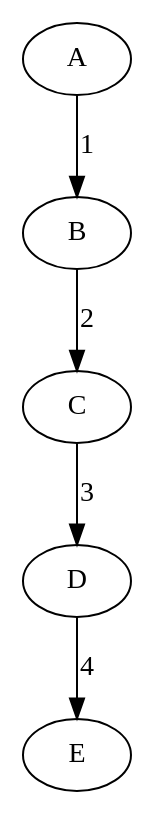
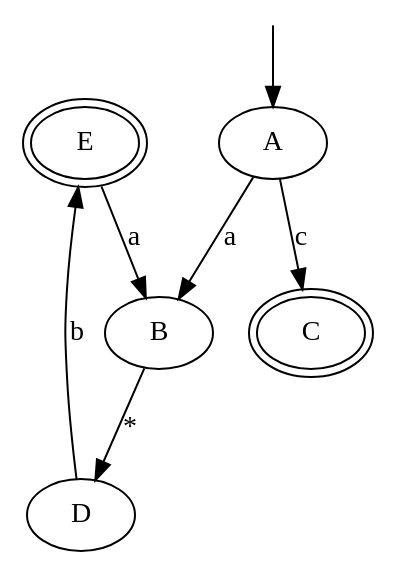
One commit to MarchMol/m2_lexic_analysis changed the diagram in direct_afd_construction/graph.dot. Above: the diagram before and after it, drawn with Graphviz. The commit also changed 7 other files, not shown here.

```diff
--- a/direct_afd_construction/graph.dot
+++ b/direct_afd_construction/graph.dot
@@ -1,11 +1,14 @@
 digraph {
-    0 [ label = "A" ]
+    0 [peripheries=2,  label = "E" ]
     1 [ label = "B" ]
-    2 [ label = "C" ]
-    3 [ label = "D" ]
-    4 [ label = "E" ]
-    0 -> 1 [ label = "1" ]
-    1 -> 2 [ label = "2" ]
-    2 -> 3 [ label = "3" ]
-    3 -> 4 [ label = "4" ]
+    2 [ label = "A" ]
+    3 [peripheries=2,  label = "C" ]
+    4 [ label = "D" ]
+    0 -> 1 [ label = "a" ]
+    1 -> 4 [ label = "*" ]
+    2 -> 3 [ label = "c" ]
+    2 -> 1 [ label = "a" ]
+    4 -> 0 [ label = "b" ]
+"" [style=invisible, width=0, height=0];
+"" -> 2;
 }
```
